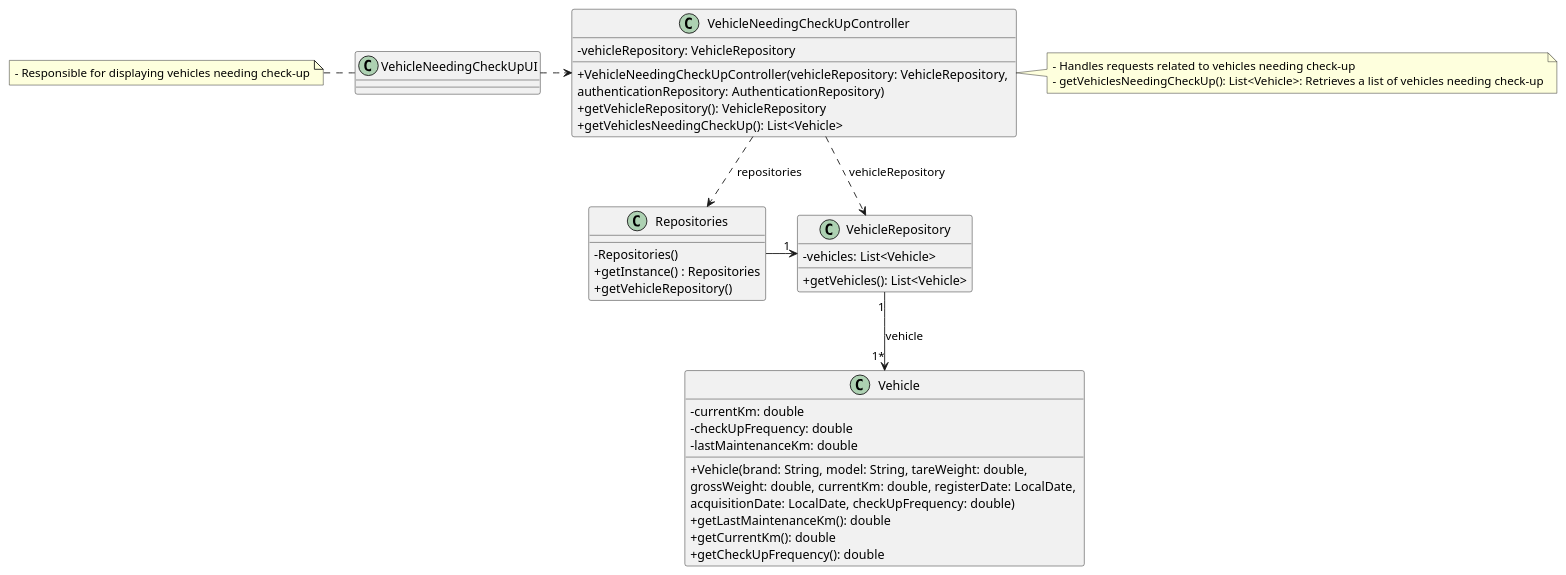
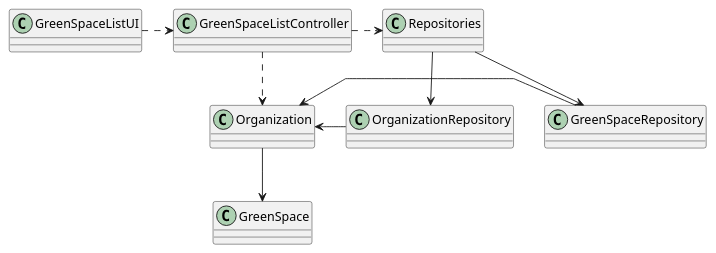
One commit to Departamento-de-Engenharia-Informatica/lei-24-s2-1df-1de-g063 changed the diagram in docs/SprintC/us27/03.design/puml/us027-class-diagram.puml. Above: the diagram before and after it, drawn with PlantUML. The commit also changed 25 other files, not shown here.

```diff
--- a/docs/SprintC/us27/03.design/puml/us027-class-diagram.puml
+++ b/docs/SprintC/us27/03.design/puml/us027-class-diagram.puml
@@ -1,59 +1,50 @@
 @startuml
 'skinparam monochrome true
 skinparam packageStyle rectangle
 skinparam shadowing false
 skinparam linetype polyline
 'skinparam linetype orto
 
 skinparam classAttributeIconSize 0
 
 'left to right direction
 
-class VehicleNeedingCheckUpUI{
+class GreenSpaceListUI{
 
 }
 
-note left of VehicleNeedingCheckUpUI
-    - Responsible for displaying vehicles needing check-up
-end note
+class GreenSpaceListController{
 
-class VehicleNeedingCheckUpController{
-    -vehicleRepository: VehicleRepository
-    +VehicleNeedingCheckUpController(vehicleRepository: VehicleRepository, \nauthenticationRepository: AuthenticationRepository)
-    +getVehicleRepository(): VehicleRepository
-    +getVehiclesNeedingCheckUp(): List<Vehicle>
 }
 
-note right of VehicleNeedingCheckUpController
-    - Handles requests related to vehicles needing check-up
-    - getVehiclesNeedingCheckUp(): List<Vehicle>: Retrieves a list of vehicles needing check-up
-end note
+class Organization{
+
+}
+
+class GreenSpace{
+
+}
 
 class Repositories{
-    - Repositories()
-    + getInstance() : Repositories
-    + getVehicleRepository()
+
 }
 
-class VehicleRepository{
-    -vehicles: List<Vehicle>
-    +getVehicles(): List<Vehicle>
+class GreenSpaceRepository{
+
 }
 
-class Vehicle{
-    -currentKm: double
-    -checkUpFrequency: double
-    -lastMaintenanceKm: double
-    +Vehicle(brand: String, model: String, tareWeight: double, \ngrossWeight: double, currentKm: double, registerDate: LocalDate, \nacquisitionDate: LocalDate, checkUpFrequency: double)
-    +getLastMaintenanceKm(): double
-    +getCurrentKm(): double
-    +getCheckUpFrequency(): double
+class OrganizationRepository{
+
 }
 
-VehicleNeedingCheckUpUI .> VehicleNeedingCheckUpController
-VehicleNeedingCheckUpController ..> Repositories : repositories
-Repositories -> "1" VehicleRepository
-VehicleNeedingCheckUpController ..> VehicleRepository : vehicleRepository
-VehicleRepository "1" --> "1*" Vehicle : vehicle
+
+GreenSpaceListUI .> GreenSpaceListController
+GreenSpaceListController ..> Organization
+Organization --> GreenSpace
+GreenSpaceListController .> Repositories
+Repositories --> GreenSpaceRepository
+Organization <- GreenSpaceRepository
+Repositories --> OrganizationRepository
+Organization <- OrganizationRepository
 
 @enduml
```
